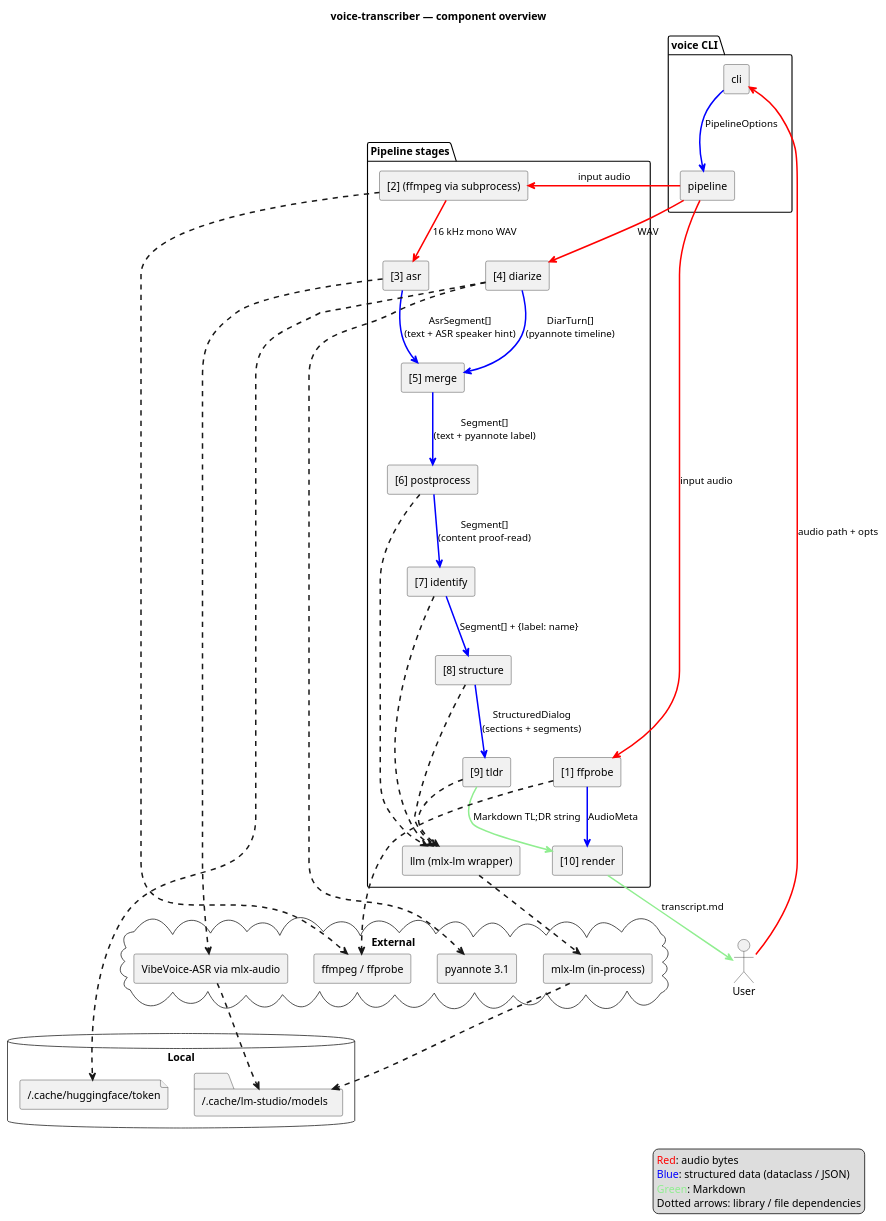
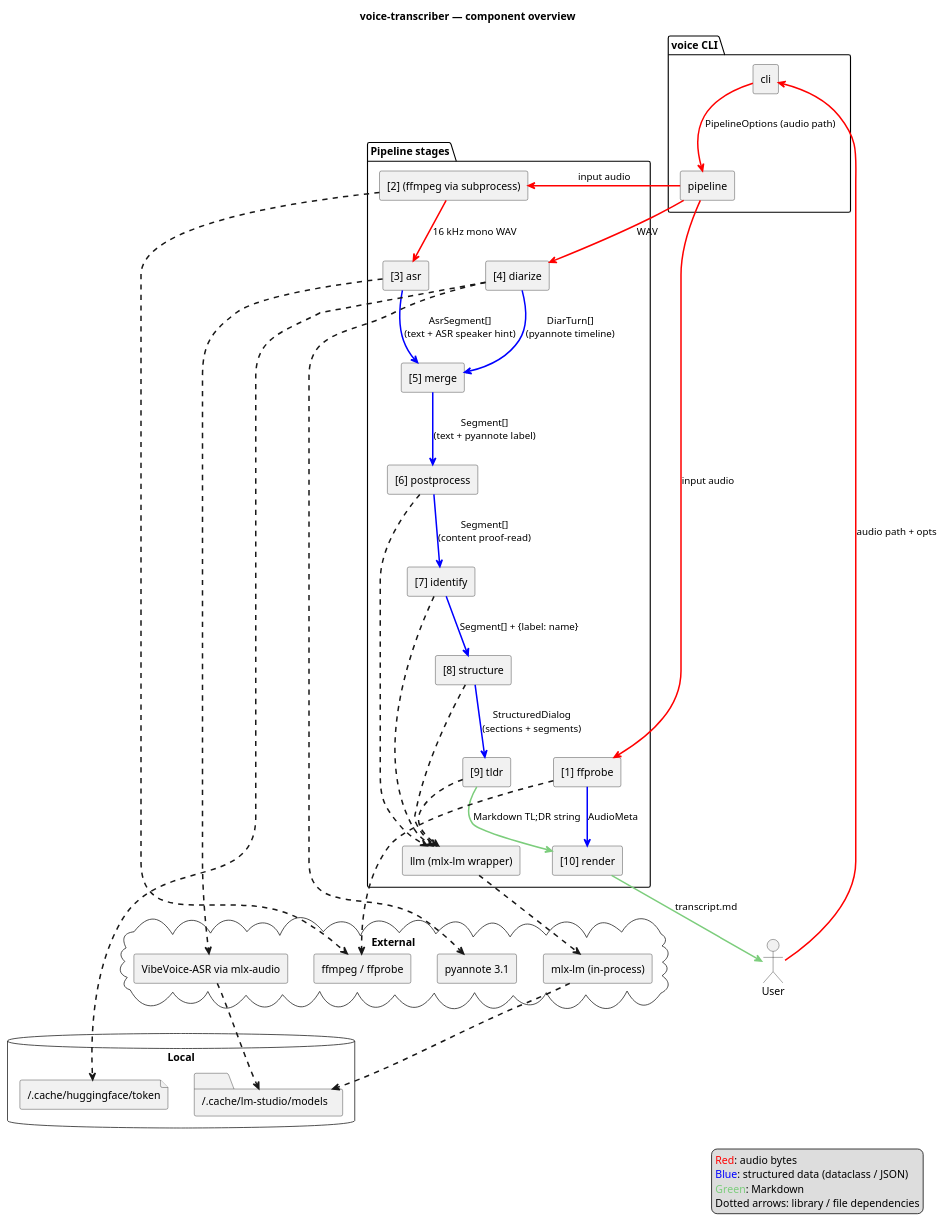
The diagram in docs/architecture.md (artem-from-ua/voice-transcriber), drawn with PlantUML before and after one commit. The commit also changed other lines of this file, not shown here.

Commit message:
Make CLI→Pipeline arrow red and darken the Markdown green
CLI→Pipeline carries PipelineOptions, but the load-bearing field is the
audio path — treat the whole edge as part of the audio flow and colour
it red. Annotation updated to make that explicit.

Markdown green moved from #90EE90 to #7CCD7C: ~10 % darker so it reads
cleanly on light backgrounds without going back to the harsh stock
green.

````diff
--- a/docs/architecture.md
+++ b/docs/architecture.md
@@ -9,78 +9,78 @@
 ```plantuml
 @startuml
 title voice-transcriber — component overview
 skinparam componentStyle rectangle
 skinparam ArrowThickness 2
 
 actor User
 
 package "voice CLI" {
   component "cli" as CLI
   component "pipeline" as Pipeline
 }
 
 package "Pipeline stages" {
   component "[1] ffprobe" as FF
   component "[2] (ffmpeg via subprocess)" as WAV
   component "[3] asr" as ASR
   component "[4] diarize" as Diar
   component "[5] merge" as Merge
   component "[6] postprocess" as Post
   component "[7] identify" as Ident
   component "[8] structure" as Struct
   component "[9] tldr" as TLDR
   component "[10] render" as Render
   component "llm (mlx-lm wrapper)" as LLM
 }
 
 cloud "External" {
   [ffmpeg / ffprobe] as Ffmpeg
   [VibeVoice-ASR via mlx-audio] as MLX
   [pyannote 3.1] as Pyannote
   [mlx-lm (in-process)] as MlxLm
 }
 
 database "Local" {
   folder "~/.cache/lm-studio/models" as LMSCache
   file "~/.cache/huggingface/token" as HFToken
 }
 
 User -[#red]-> CLI : audio path + opts
-CLI -[#blue]-> Pipeline : PipelineOptions
+CLI -[#red]-> Pipeline : PipelineOptions (audio path)
 
 Pipeline -[#red]-> WAV : input audio
 WAV -[#red]-> ASR : 16 kHz mono WAV
 Pipeline -[#red]-> FF : input audio
 FF -[#blue]-> Render : AudioMeta
 
 ASR -[#blue]-> Merge : AsrSegment[]\n(text + ASR speaker hint)
 Pipeline -[#red]-> Diar : WAV
 Diar -[#blue]-> Merge : DiarTurn[]\n(pyannote timeline)
 Merge -[#blue]-> Post : Segment[]\n(text + pyannote label)
 Post -[#blue]-> Ident : Segment[]\n(content proof-read)
 Ident -[#blue]-> Struct : Segment[] + {label: name}
 Struct -[#blue]-> TLDR : StructuredDialog\n(sections + segments)
-TLDR -[#90EE90]-> Render : Markdown TL;DR string
-Render -[#90EE90]-> User : transcript.md
+TLDR -[#7CCD7C]-> Render : Markdown TL;DR string
+Render -[#7CCD7C]-> User : transcript.md
 
 WAV ..> Ffmpeg
 FF ..> Ffmpeg
 ASR ..> MLX
 MLX ..> LMSCache
 Diar ..> Pyannote
 Diar ..> HFToken
 Post ..> LLM
 Ident ..> LLM
 Struct ..> LLM
 TLDR ..> LLM
 LLM ..> MlxLm
 MlxLm ..> LMSCache
 
 legend right
   <color:red>Red</color>: audio bytes
   <color:blue>Blue</color>: structured data (dataclass / JSON)
-  <color:#90EE90>Green</color>: Markdown
+  <color:#7CCD7C>Green</color>: Markdown
   Dotted arrows: library / file dependencies
 end legend
 @enduml
 ```
````
